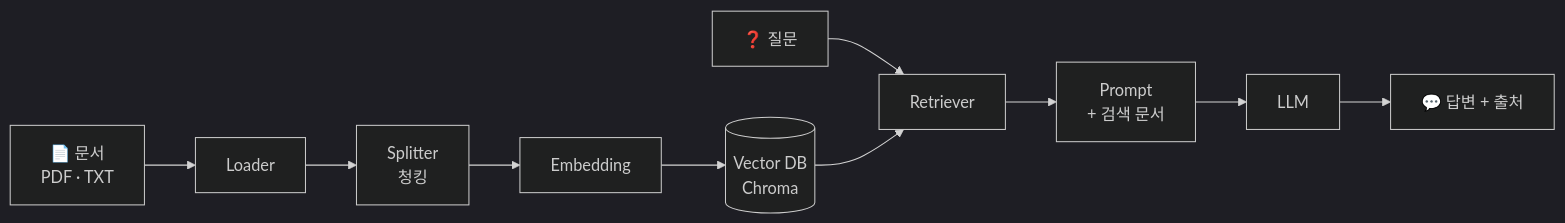
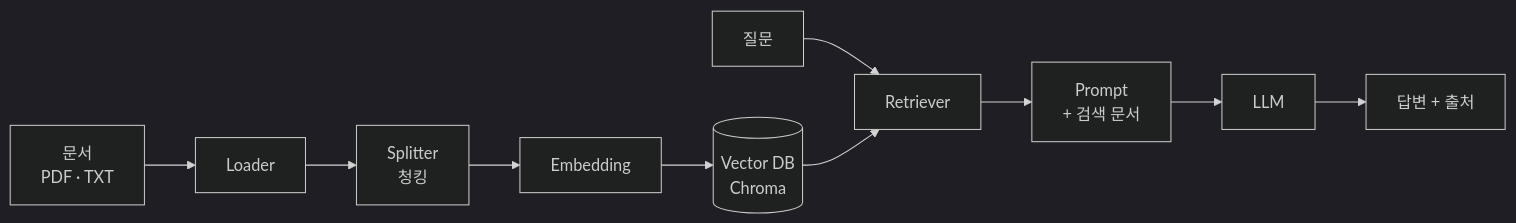
Before and after one commit to sojjeoi/genai-agent-lab: the second of 4 diagrams in README.md, drawn with Mermaid (dark theme). The commit also changed other lines of this file, not shown here.

````diff
--- a/README.md
+++ b/README.md
@@ -104,6 +104,6 @@
 ```mermaid
 flowchart LR
-    A["📄 문서<br/>PDF · TXT"] --> B["Loader"] --> C["Splitter<br/>청킹"] --> D["Embedding"] --> E[("Vector DB<br/>Chroma")]
-    Q["❓ 질문"] --> R["Retriever"]
-    E --> R --> P["Prompt<br/>+ 검색 문서"] --> L["LLM"] --> O["💬 답변 + 출처"]
+    A["문서<br/>PDF · TXT"] --> B["Loader"] --> C["Splitter<br/>청킹"] --> D["Embedding"] --> E[("Vector DB<br/>Chroma")]
+    Q["질문"] --> R["Retriever"]
+    E --> R --> P["Prompt<br/>+ 검색 문서"] --> L["LLM"] --> O["답변 + 출처"]
 ```
````
